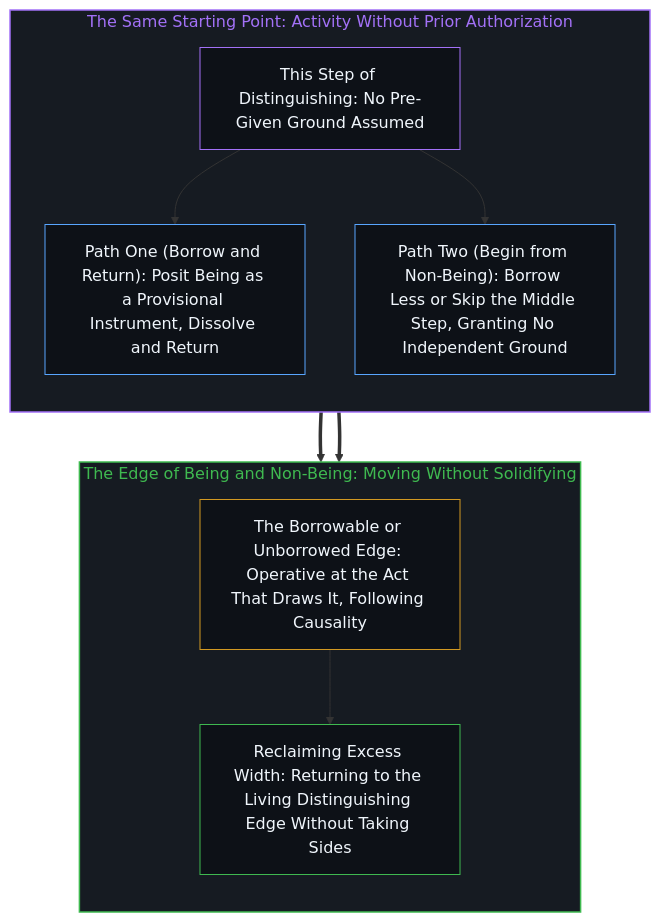
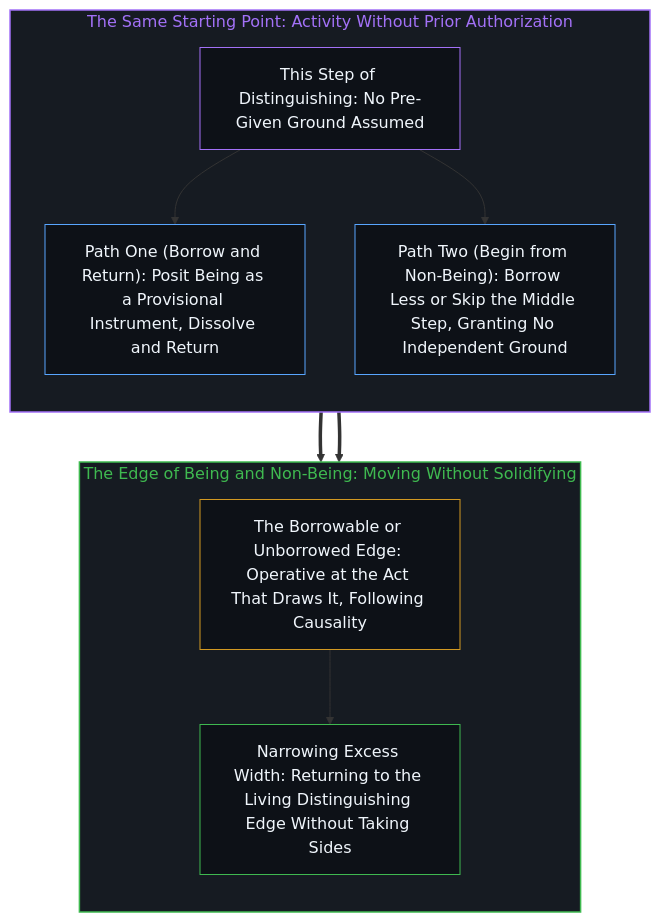
Before and after one commit to powerpig99/not-a-toe: the second of 2 diagrams in content/posts/you-wu-zhi-bian.md, drawn with Mermaid. The commit also changed other lines of this file and 1 other file, not shown here.

````diff
--- a/content/posts/you-wu-zhi-bian.md
+++ b/content/posts/you-wu-zhi-bian.md
@@ -66,26 +66,26 @@
 ```mermaid
 flowchart TD
     subgraph S_Origin["The Same Starting Point: Activity Without Prior Authorization"]
         direction TB
         O_Act["This Step of Distinguishing: No Pre-Given Ground Assumed"]
         O_Borrow["Path One (Borrow and Return): Posit Being as a Provisional Instrument, Dissolve and Return"]
         O_Direct["Path Two (Begin from Non-Being): Borrow Less or Skip the Middle Step, Granting No Independent Ground"]
         O_Act --> O_Borrow
         O_Act --> O_Direct
     end
     subgraph S_Edge["The Edge of Being and Non-Being: Moving Without Solidifying"]
         direction TB
         E_Edge["The Borrowable or Unborrowed Edge: Operative at the Act That Draws It, Following Causality"]
-        E_Return["Reclaiming Excess Width: Returning to the Living Distinguishing Edge Without Taking Sides"]
+        E_Return["Narrowing Excess Width: Returning to the Living Distinguishing Edge Without Taking Sides"]
         E_Edge --> E_Return
     end
     O_Borrow ==> E_Edge
     O_Direct ==> E_Edge
     style S_Origin fill:#161b22,stroke:#a371f7,stroke-width:1.5px,color:#a371f7
     style S_Edge fill:#161b22,stroke:#3fb950,stroke-width:1.5px,color:#3fb950
     style O_Act fill:#0d1117,stroke:#a371f7,stroke-width:1px,color:#f0f6fc
     style O_Borrow fill:#0d1117,stroke:#58a6ff,stroke-width:1px,color:#f0f6fc
     style O_Direct fill:#0d1117,stroke:#58a6ff,stroke-width:1px,color:#f0f6fc
     style E_Edge fill:#0d1117,stroke:#d29922,stroke-width:1px,color:#f0f6fc
     style E_Return fill:#0d1117,stroke:#3fb950,stroke-width:1px,color:#f0f6fc
 ```
````
